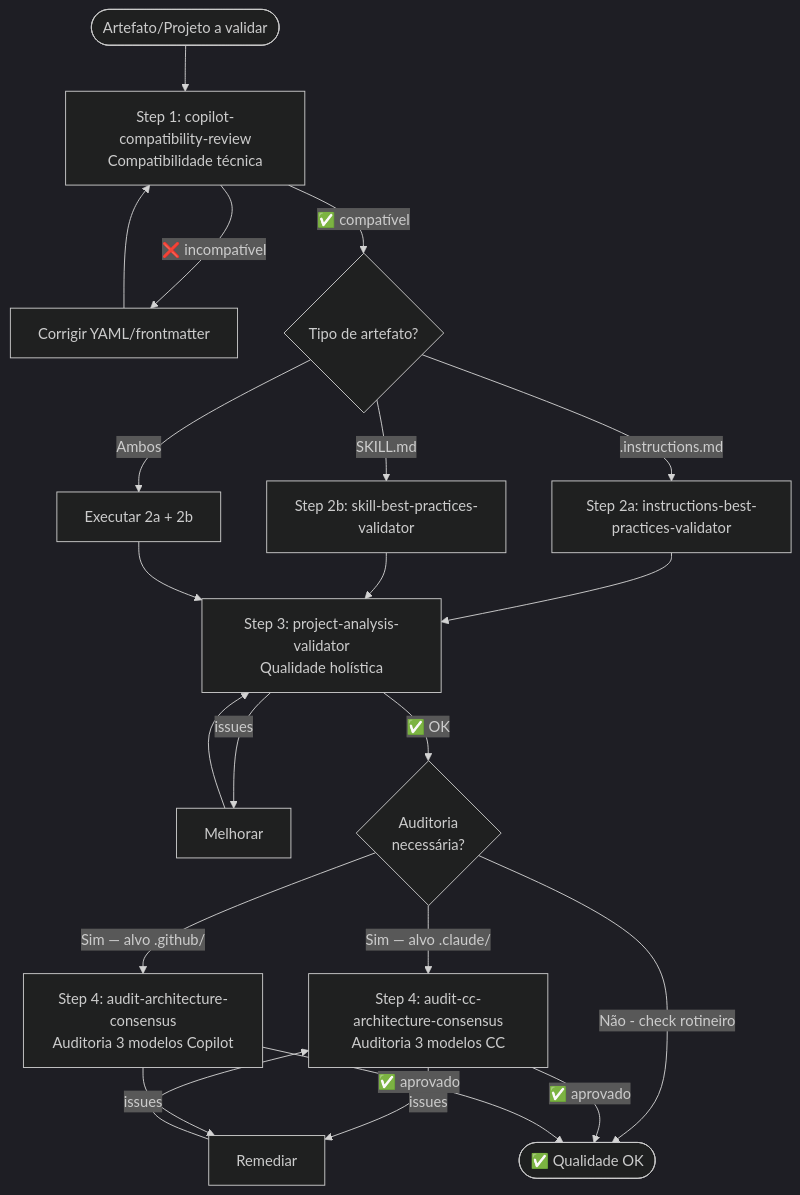
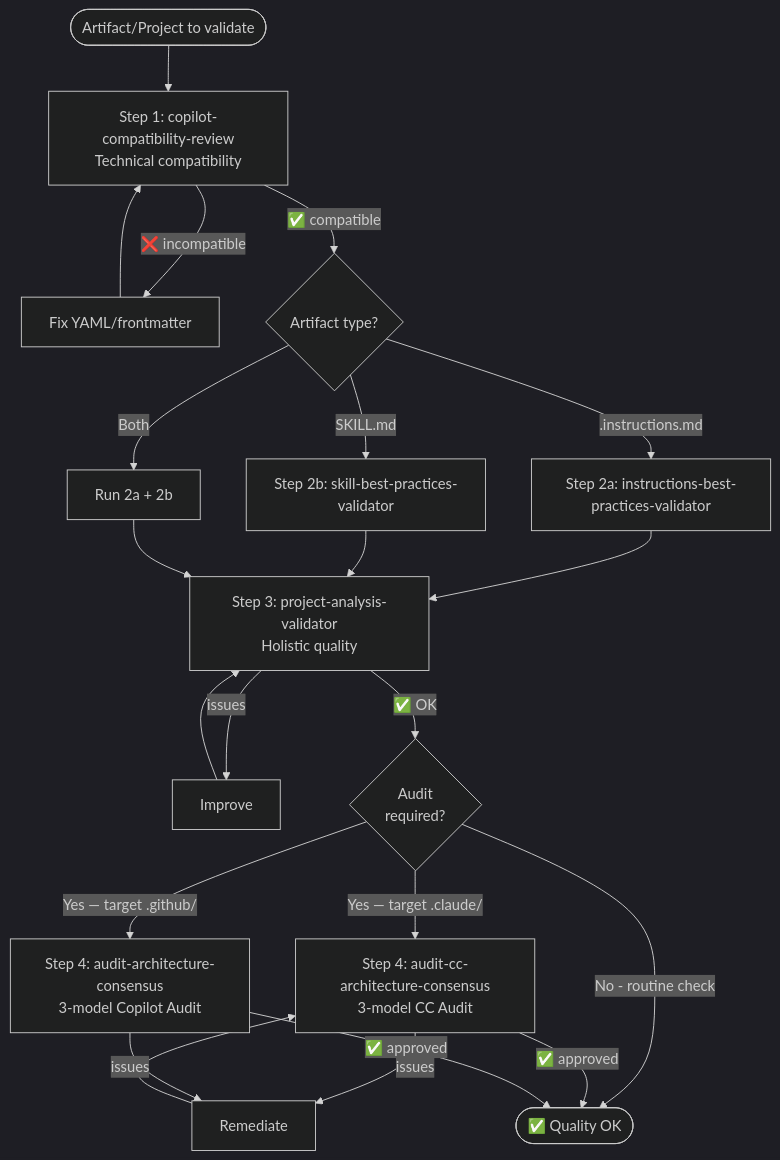
The diagram in docs/fluxos/fluxo-qualidade.md (rodrigo-mendes/agents-factory), drawn with Mermaid (dark theme) before and after one commit. The commit also changed other lines of this file and 70 other files, not shown here.

````diff
--- a/docs/fluxos/fluxo-qualidade.md
+++ b/docs/fluxos/fluxo-qualidade.md
@@ -9,33 +9,33 @@
 ```mermaid
 flowchart TD
-    START([Artefato/Projeto a validar]) --> S1[Step 1: copilot-compatibility-review<br/>Compatibilidade técnica]
+    START([Artifact/Project to validate]) --> S1[Step 1: copilot-compatibility-review<br/>Technical compatibility]
     
-    S1 -->|❌ incompatível| FIX1[Corrigir YAML/frontmatter]
+    S1 -->|❌ incompatible| FIX1[Fix YAML/frontmatter]
     FIX1 --> S1
     
-    S1 -->|✅ compatível| S2{Tipo de artefato?}
+    S1 -->|✅ compatible| S2{Artifact type?}
     
     S2 -->|.instructions.md| S2A[Step 2a: instructions-best-practices-validator]
     S2 -->|SKILL.md| S2B[Step 2b: skill-best-practices-validator]
-    S2 -->|Ambos| S2C[Executar 2a + 2b]
+    S2 -->|Both| S2C[Run 2a + 2b]
     
     S2A --> S3
     S2B --> S3
     S2C --> S3
     
-    S3[Step 3: project-analysis-validator<br/>Qualidade holística] -->|issues| FIX3[Melhorar]
+    S3[Step 3: project-analysis-validator<br/>Holistic quality] -->|issues| FIX3[Improve]
     FIX3 --> S3
     
-    S3 -->|✅ OK| S4{Auditoria<br/>necessária?}
+    S3 -->|✅ OK| S4{Audit<br/>required?}
     
-    S4 -->|Sim — alvo .claude/| S5CC[Step 4: audit-cc-architecture-consensus<br/>Auditoria 3 modelos CC]
-    S4 -->|Sim — alvo .github/| S5CP[Step 4: audit-architecture-consensus<br/>Auditoria 3 modelos Copilot]
-    S4 -->|Não - check rotineiro| DONE([✅ Qualidade OK])
+    S4 -->|Yes — target .claude/| S5CC[Step 4: audit-cc-architecture-consensus<br/>3-model CC Audit]
+    S4 -->|Yes — target .github/| S5CP[Step 4: audit-architecture-consensus<br/>3-model Copilot Audit]
+    S4 -->|No - routine check| DONE([✅ Quality OK])
     
-    S5CC -->|issues| FIX5[Remediar]
+    S5CC -->|issues| FIX5[Remediate]
     S5CP -->|issues| FIX5
     FIX5 --> S5CC
     
-    S5CC -->|✅ aprovado| DONE
-    S5CP -->|✅ aprovado| DONE
+    S5CC -->|✅ approved| DONE
+    S5CP -->|✅ approved| DONE
 ```
````
